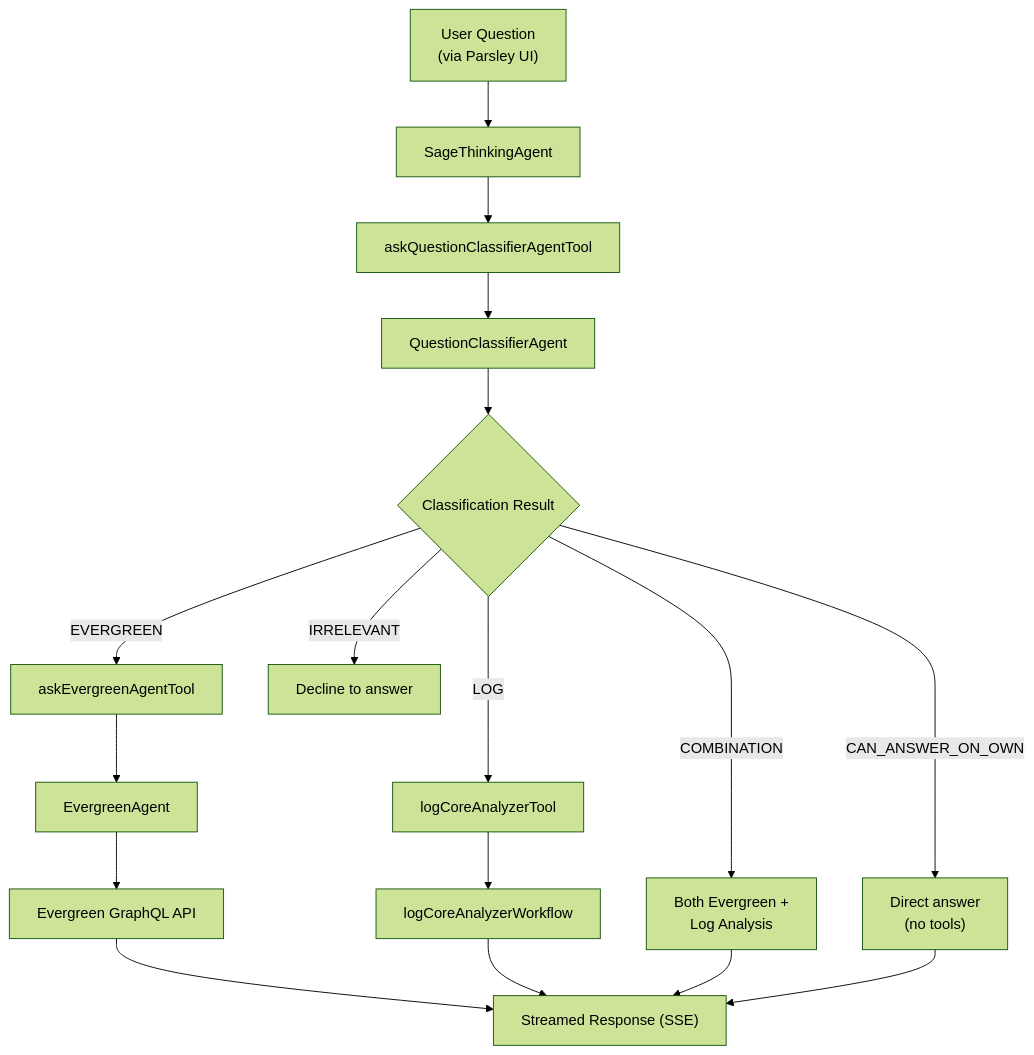
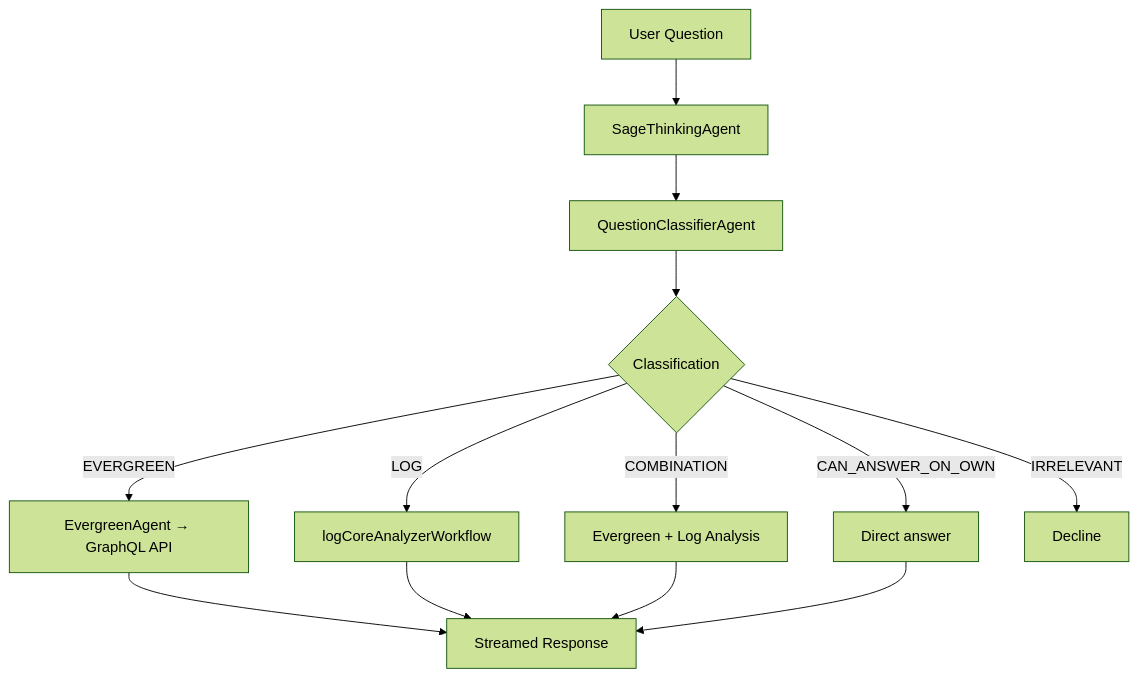
The second of 4 diagrams in docs/architecture.md (evergreen-ci/sage), drawn with Mermaid (forest theme) before and after one commit. The commit also changed other lines of this file and 2 other files, not shown here.

Commit message:
simplify diagrams

````diff
--- a/docs/architecture.md
+++ b/docs/architecture.md
@@ -146,25 +83,17 @@
 ```mermaid
 flowchart TD
-    User["User Question\n(via Parsley UI)"] --> STA["SageThinkingAgent"]
-    STA --> Classify["askQuestionClassifierAgentTool"]
-    Classify --> QCA["QuestionClassifierAgent"]
-    QCA --> Decision{Classification Result}
+    User["User Question"] --> STA["SageThinkingAgent"]
+    STA --> QCA["QuestionClassifierAgent"]
+    QCA --> Decision{Classification}
 
-    Decision -->|EVERGREEN| EGPath["askEvergreenAgentTool"]
-    EGPath --> EGA["EvergreenAgent"]
-    EGA --> GraphQL["Evergreen GraphQL API"]
+    Decision -->|EVERGREEN| EGA["EvergreenAgent → GraphQL API"]
+    Decision -->|LOG| LogWF["logCoreAnalyzerWorkflow"]
+    Decision -->|COMBINATION| Both["Evergreen + Log Analysis"]
+    Decision -->|CAN_ANSWER_ON_OWN| Direct["Direct answer"]
+    Decision -->|IRRELEVANT| Decline["Decline"]
 
-    Decision -->|LOG| LogPath["logCoreAnalyzerTool"]
-    LogPath --> LogWF["logCoreAnalyzerWorkflow"]
-
-    Decision -->|COMBINATION| Both["Both Evergreen +\nLog Analysis"]
-
-    Decision -->|CAN_ANSWER_ON_OWN| Direct["Direct answer\n(no tools)"]
-
-    Decision -->|IRRELEVANT| Decline["Decline to answer"]
-
-    GraphQL --> Response["Streamed Response (SSE)"]
+    EGA --> Response["Streamed Response"]
     LogWF --> Response
     Both --> Response
     Direct --> Response
 ```
````
